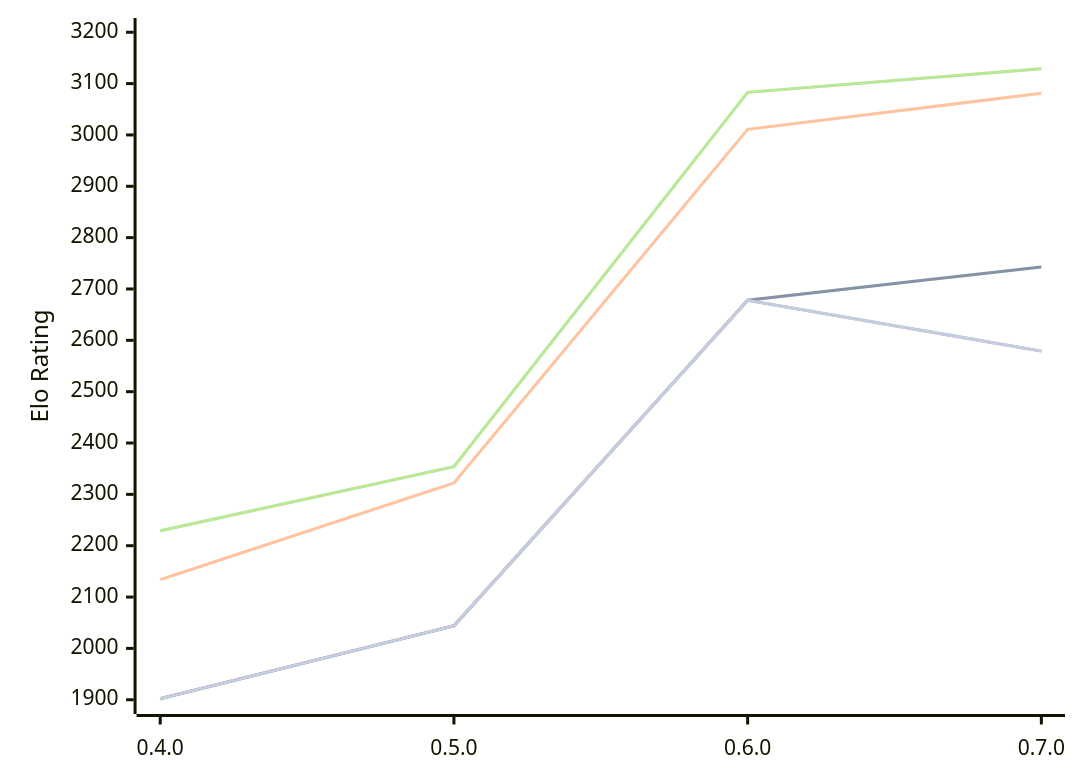
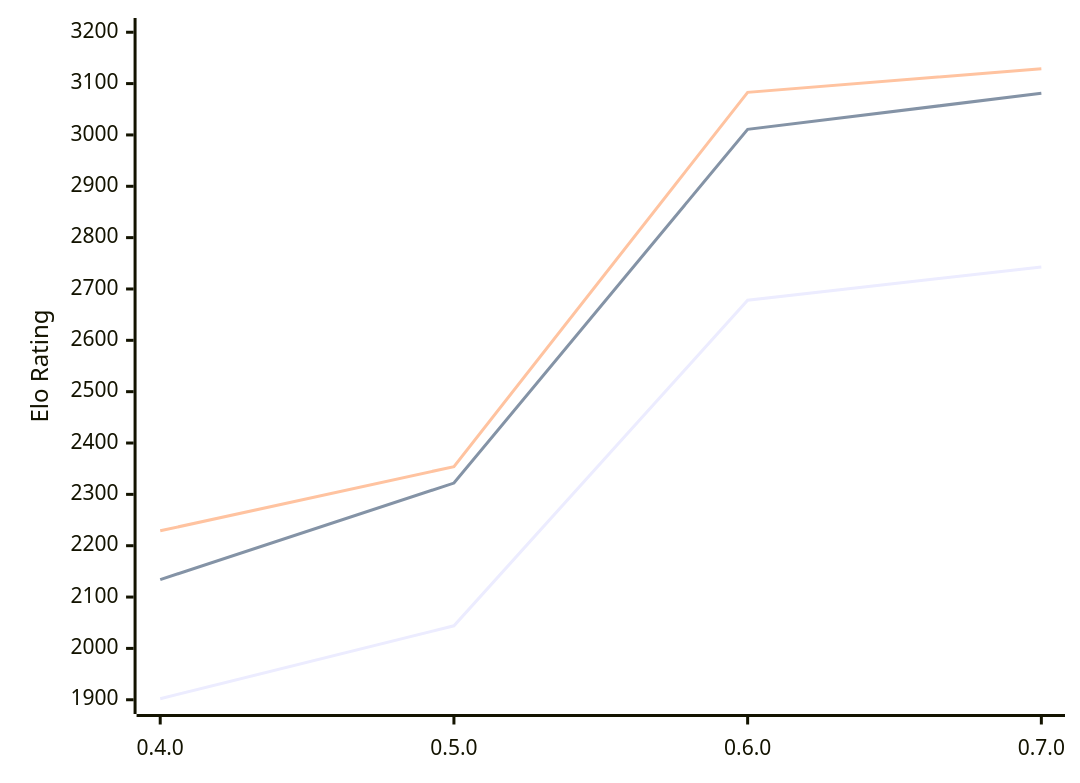
The diagram in engines/AteNika.md (computer-chess-index/cci), drawn with Mermaid before and after one commit. The commit also changed other lines of this file, not shown here.

````diff
--- a/engines/AteNika.md
+++ b/engines/AteNika.md
@@ -50,13 +50,9 @@
 ```mermaid
 %%{init: {"theme":"base","themeVariables":{"seriesColors:['#a3a3a3','#222221','#faa371']}}}%%
 xychart-beta
   x-axis ["0.4.0", "0.5.0", "0.6.0", "0.7.0"]
   y-axis "Elo Rating" 1900 --> 3200
-  line "" [1902, 2044, 2678, 2743]
   line "T1: STC (8.0+0.08s)" [1902, 2044, 2678, 2743]
   line "T1: LTC (60.0+0.60s)" [2134, 2322, 3011, 3081]
-  line "" [2229, 2354, 3083, 3129]
   line "T1: VLTC (2m24s+1.12s)" [2229, 2354, 3083, 3129]
-  line "" [1902, 2044, 2678,2579]
-  line "E1: STC (8.0+0.08s)" [1902, 2044, 2678,2579]
 ```
````
